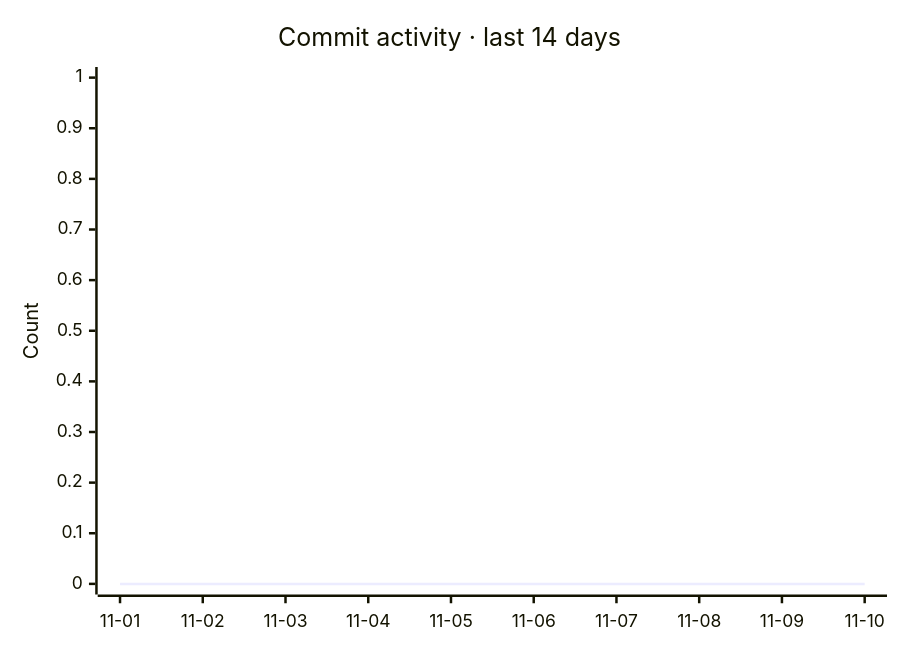
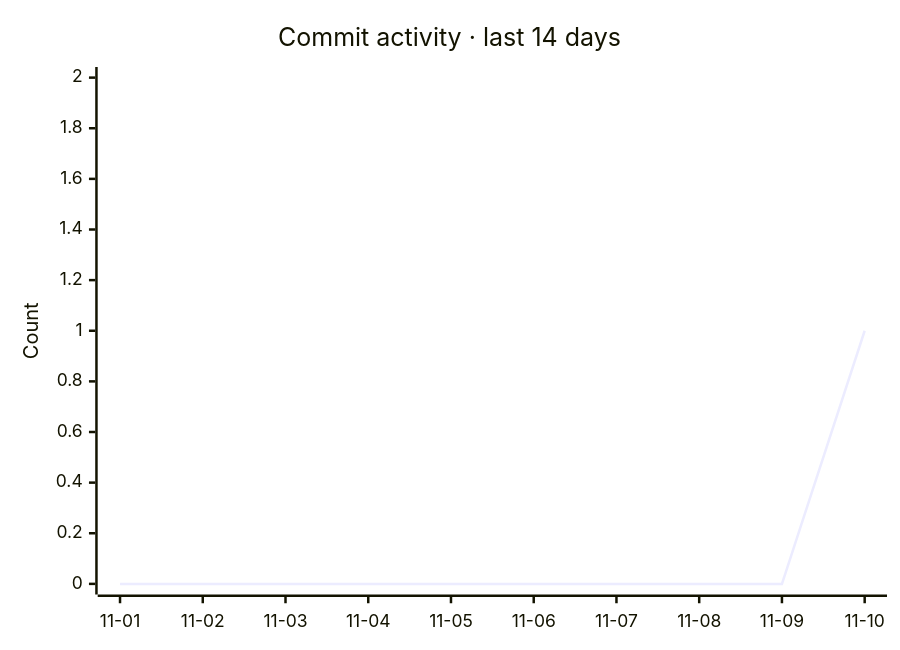
One commit to razzaqinspires/whiskay-bot changed the second of 2 diagrams in README.md. Above: the diagram before and after it, drawn with Mermaid. The commit also changed other lines of this file and 2 other files, not shown here.

Commit message:
chore(metrics): refresh GitHub traffic and update timestamp [skip ci]

````diff
--- a/README.md
+++ b/README.md
@@ -329,7 +329,7 @@
 ```mermaid
 xychart-beta
     title "Commit activity · last 14 days"
     x-axis ["11-01", "11-02", "11-03", "11-04", "11-05", "11-06", "11-07", "11-08", "11-09", "11-10"]
-    y-axis "Count" 0 --> 1
-    line [0, 0, 0, 0, 0, 0, 0, 0, 0, 0]
+    y-axis "Count" 0 --> 2
+    line [0, 0, 0, 0, 0, 0, 0, 0, 0, 1]
 ```
````
